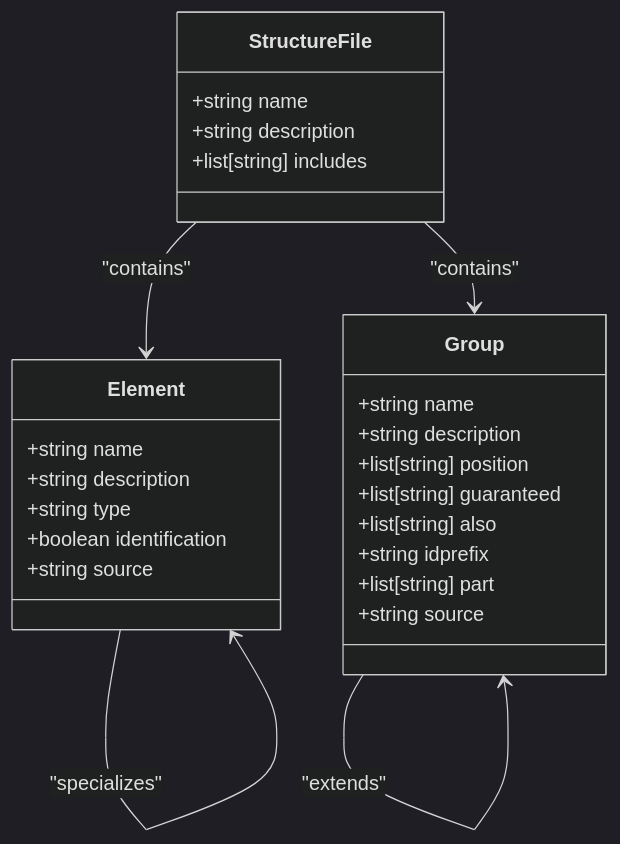
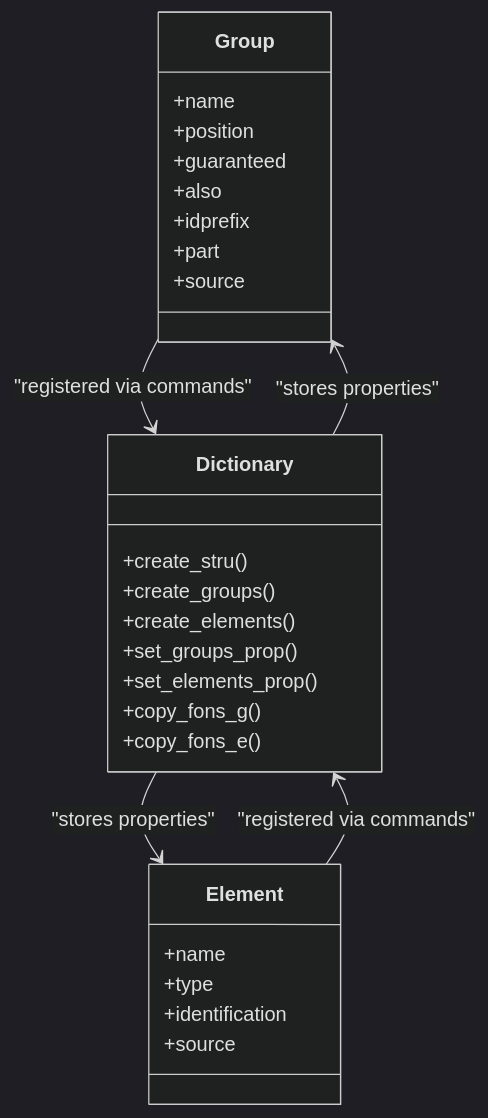
One commit to time-link/timelink-kleio changed the fourth of 9 diagrams in .qoder/repowiki/en/content/Core Concepts/Core Concepts.md. Above: the diagram before and after it, drawn with Mermaid (dark theme). The commit also changed other lines of this file and 89 other files, not shown here.

````diff
--- a/.qoder/repowiki/en/content/Core Concepts/Core Concepts.md
+++ b/.qoder/repowiki/en/content/Core Concepts/Core Concepts.md
@@ -67,29 +173,31 @@
 ```mermaid
 classDiagram
-class StructureFile {
-+string name
-+string description
-+list[string] includes
+class Group {
++name
++position
++guaranteed
++also
++idprefix
++part
++source
 }
 class Element {
-+string name
-+string description
-+string type
-+boolean identification
-+string source
++name
++type
++identification
++source
 }
-class Group {
-+string name
-+string description
-+list[string] position
-+list[string] guaranteed
-+list[string] also
-+string idprefix
-+list[string] part
-+string source
+class Dictionary {
++create_stru()
++create_groups()
++create_elements()
++set_groups_prop()
++set_elements_prop()
++copy_fons_g()
++copy_fons_e()
 }
-StructureFile --> Element : "contains"
-StructureFile --> Group : "contains"
-Group --> Group : "extends"
-Element --> Element : "specializes"
+Group --> Dictionary : "registered via commands"
+Element --> Dictionary : "registered via commands"
+Dictionary --> Group : "stores properties"
+Dictionary --> Element : "stores properties"
 ```
````
